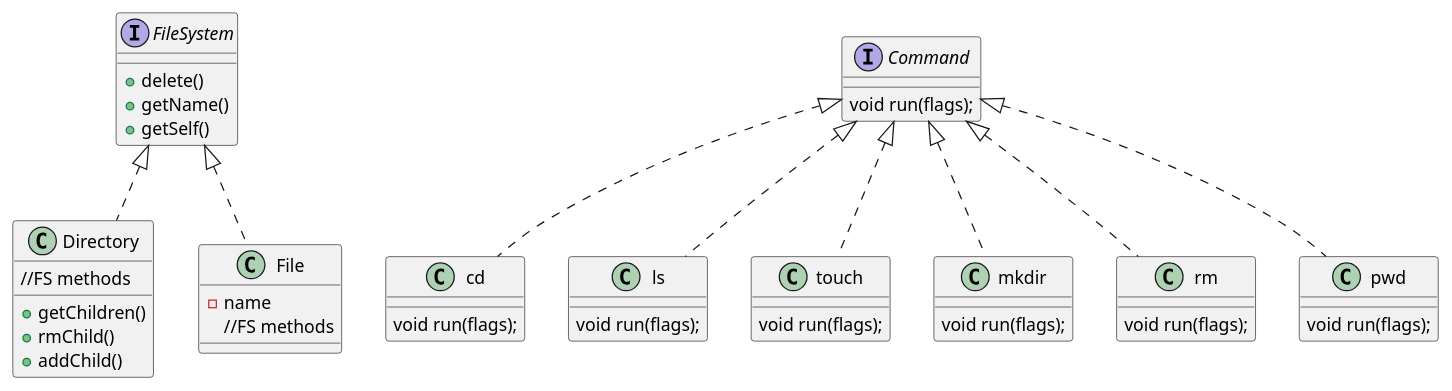
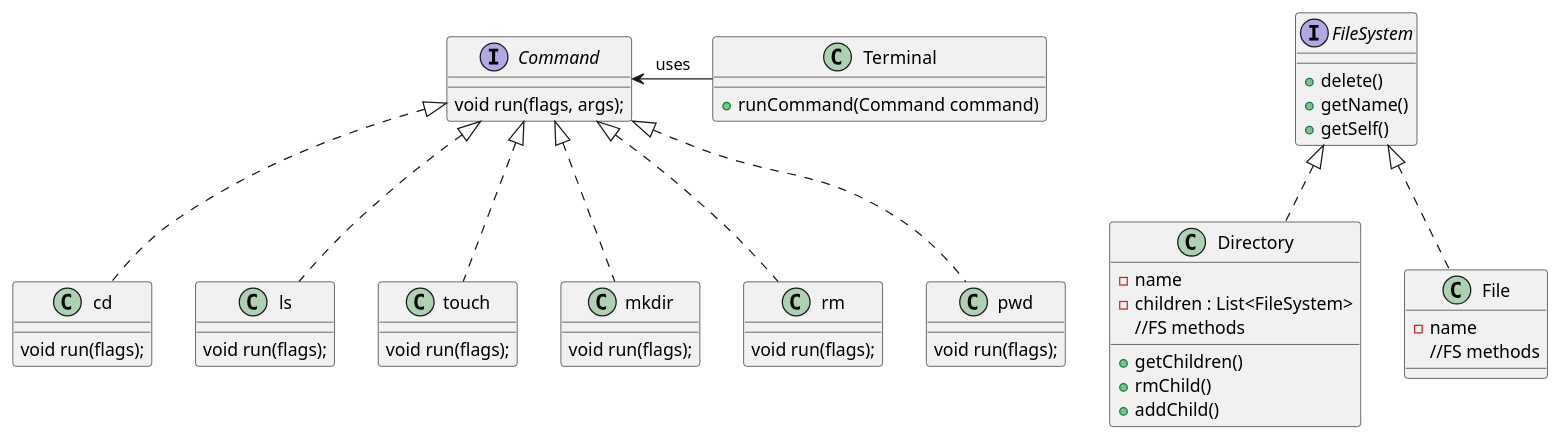
Before and after one commit to austral-ingsis-classroom/clifford-AAgustin9: the diagram in diagrams/Clifford.puml, drawn with PlantUML. The commit also changed 11 other files, not shown here.

```diff
--- a/diagrams/Clifford.puml
+++ b/diagrams/Clifford.puml
@@ -1,49 +1,55 @@
 @startuml Clifford
 
 interface FileSystem {
     + delete()
     + getName()
     + getSelf()
 }
 
 class Directory implements FileSystem {
+    - name
+    - children : List<FileSystem>
     //FS methods
     + getChildren()
     + rmChild()
     + addChild()
 
     }
 class File implements FileSystem {
     - name
     //FS methods
     }
 
 interface Command {
-    void run(flags);
+    void run(flags, args);
 }
 class cd implements Command {
     void run(flags);
 }
 class ls implements Command {
     void run(flags);
 }
 class touch implements Command {
     void run(flags);
 }
 class mkdir implements Command {
     void run(flags);
 }
 class rm implements Command {
     void run(flags);
 }
 class pwd implements Command {
     void run(flags);
 }
+class Terminal {
+    + runCommand(Command command)
+}
 
+Command <- Terminal : uses
 
 
 
 
 
 
 @enduml
```
